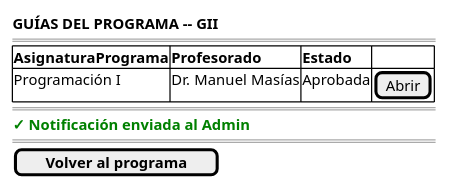
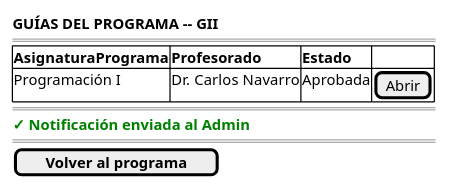
The diagram in RUP/01-requisitos/03-detalle-casos-uso/notificarGuiasActualizadas/wireframes.puml (mmasias/pyCeldaPublico), drawn with PlantUML before and after one commit. The commit also changed 49 other files, not shown here.

```diff
--- a/RUP/01-requisitos/03-detalle-casos-uso/notificarGuiasActualizadas/wireframes.puml
+++ b/RUP/01-requisitos/03-detalle-casos-uso/notificarGuiasActualizadas/wireframes.puml
@@ -1,14 +1,14 @@
 @startsalt notificarGuiasActualizadas-wireframe
 {
     <b>GUÍAS DEL PROGRAMA -- GII</b>
     ====
     {#
         <b>AsignaturaPrograma | <b>Profesorado | <b>Estado | .
-        Programación I | Dr. Manuel Masías | Aprobada | [Abrir]
+        Programación I | Dr. Carlos Navarro | Aprobada | [Abrir]
     }
     ====
     <color:green><b>✓ Notificación enviada al Admin</b></color>
     ====
     [ <b>Volver al programa</b> ]
 }
 @endsalt
```
